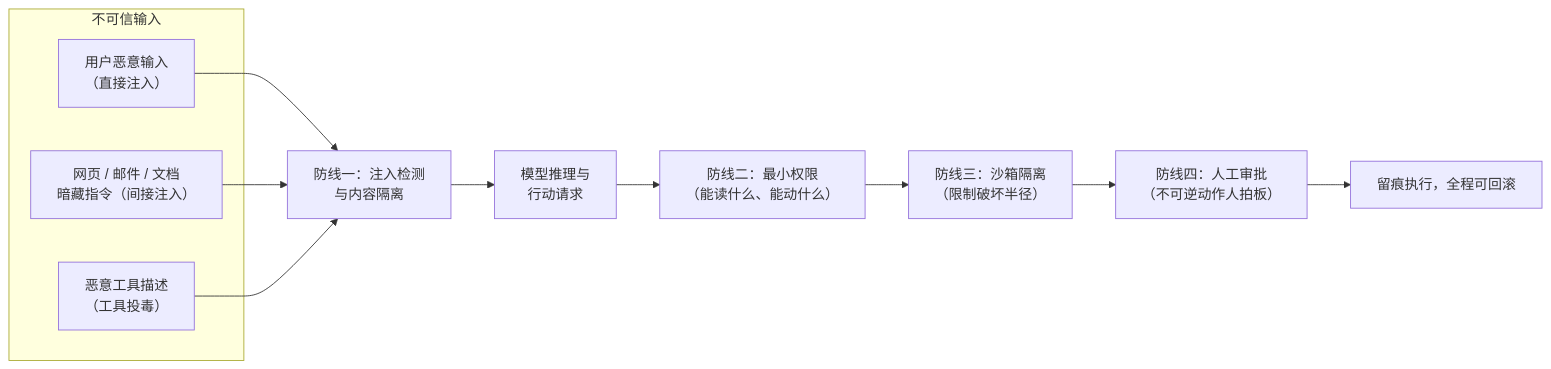
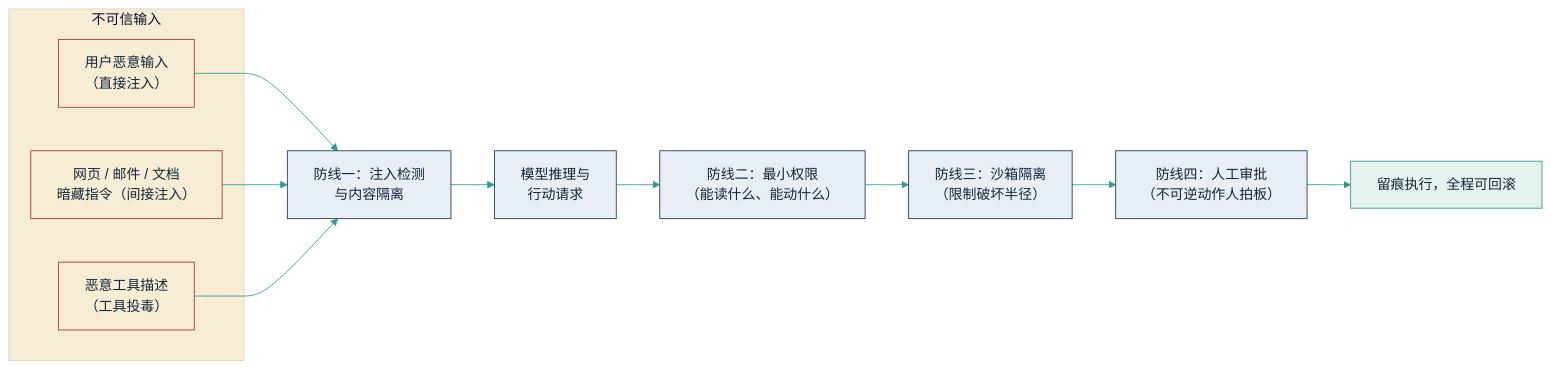
One commit to yeasy/ai_for_business_school changed the diagram in 05_agent_tech/5.6_security.md. Above: the diagram before and after it, drawn with Mermaid. The commit also changed 56 other files, not shown here.

````diff
--- a/05_agent_tech/5.6_security.md
+++ b/05_agent_tech/5.6_security.md
@@ -25,16 +25,23 @@
 ```mermaid
+%%{init: {"theme":"base","themeVariables":{"primaryColor":"#e8eef5","primaryBorderColor":"#1f3b5c","primaryTextColor":"#12263a","secondaryColor":"#e3f2ef","tertiaryColor":"#f7ecd4","lineColor":"#2a9d8f","fontFamily":"PingFang SC,Hiragino Sans GB,Microsoft YaHei,sans-serif"}}}%%
 flowchart LR
     subgraph SRC["不可信输入"]
         A1["用户恶意输入</br>（直接注入）"]
         A2["网页 / 邮件 / 文档</br>暗藏指令（间接注入）"]
         A3["恶意工具描述</br>（工具投毒）"]
     end
     A1 --> F1
     A2 --> F1
     A3 --> F1
     F1["防线一：注入检测</br>与内容隔离"] --> M1["模型推理与</br>行动请求"]
     M1 --> F2["防线二：最小权限</br>（能读什么、能动什么）"]
     F2 --> F3["防线三：沙箱隔离</br>（限制破坏半径）"]
     F3 --> F4["防线四：人工审批</br>（不可逆动作人拍板）"]
     F4 --> E1["留痕执行，全程可回滚"]
+    classDef threat fill:#f7ecd4,stroke:#a03a3a,color:#12263a;
+    classDef defense fill:#e8eef5,stroke:#1f3b5c,color:#12263a;
+    classDef safe fill:#e3f2ef,stroke:#2a9d8f,color:#12263a;
+    class A1,A2,A3 threat;
+    class F1,F2,F3,F4 defense;
+    class E1 safe;
 ```
````
